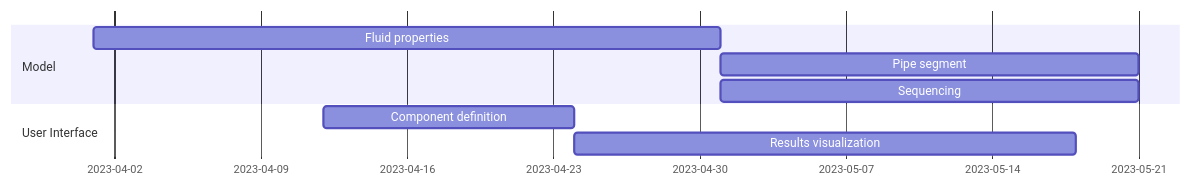
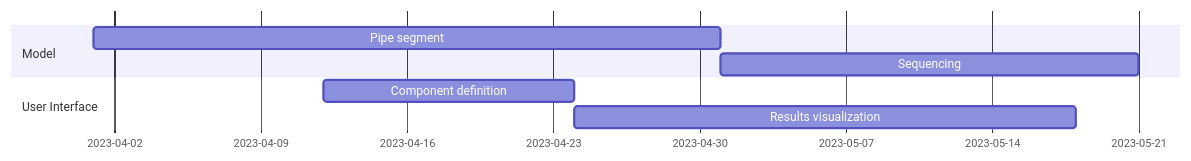
Before and after one commit to Jerell/ccstwin: the diagram in proposal.qmd, drawn with Mermaid.

Commit message:
updated gantt

````diff
--- a/proposal.qmd
+++ b/proposal.qmd
@@ -38,12 +38,11 @@
 ```{mermaid}
 gantt
     dateFormat  YYYY-MM-DD
     section Model
-    Fluid properties :a1, 2023-04-01, 30d
-    Pipe segment     :after a1  , 20d
+    Pipe segment   :a1, 2023-04-01, 30d
     Sequencing     :after a1  , 20d
     section User Interface
     Component definition      :2023-04-12  , 12d
     Results visualization      : 24d
 
 ```
````
